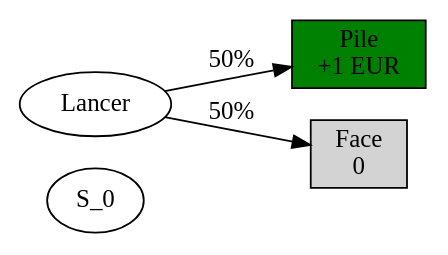
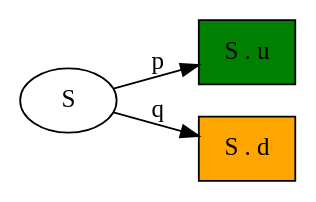
One commit to RedRise/lect_options_and_mm changed the diagram in data/graphviz/binomial.dot. Above: the diagram before and after it, drawn with Graphviz. The commit also changed 11 other files, not shown here.

```diff
--- a/data/graphviz/binomial.dot
+++ b/data/graphviz/binomial.dot
@@ -1,11 +1,11 @@
 digraph G {
   
   rankdir=LR;
 
-  S_0;
-  Pile [shape=box, label="Pile\n+1 EUR", style="filled", fillcolor="green"];
-  Face [shape=box, label="Face\n 0", style="filled", fillcolor="lightgrey"];
+  S_0 [label="S"];
+  S_up [shape=box, label="S . u", style="filled", fillcolor="green"];
+  S_down [shape=box, label = "S . d", style="filled", fillcolor="orange"];
 
-  Lancer -> Pile [label="50%"];
-  Lancer -> Face [label="50%"]; 
+  S_0 -> S_up [label="p"];
+  S_0 -> S_down [label="q"]; 
 }
```
